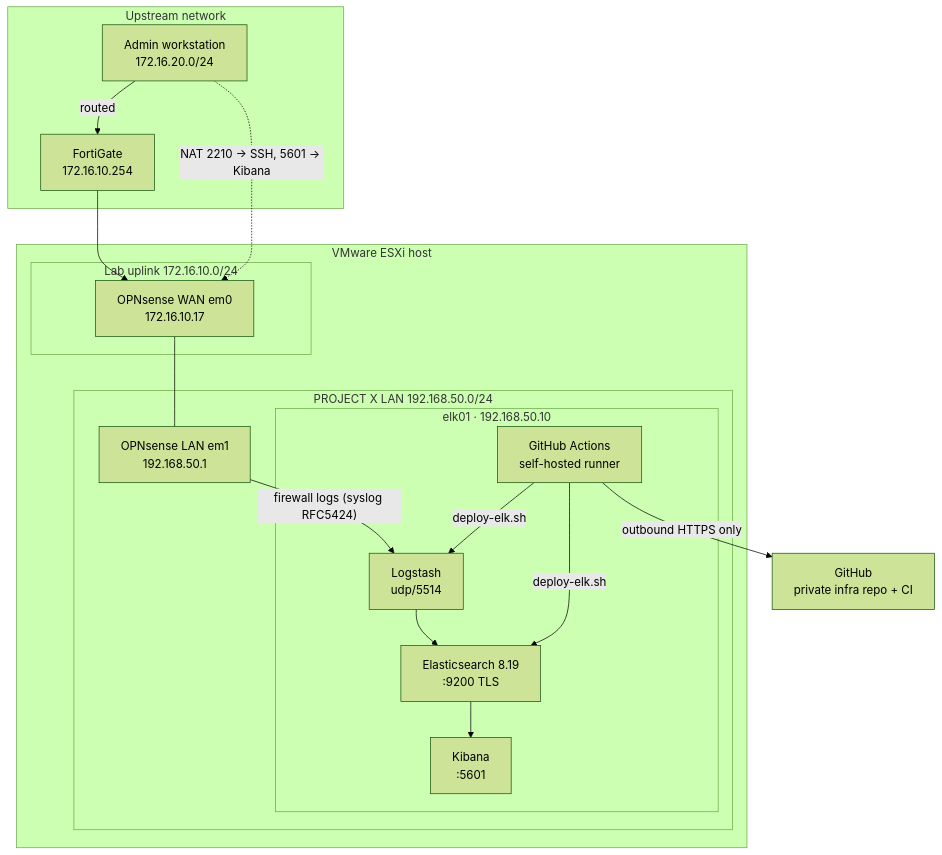
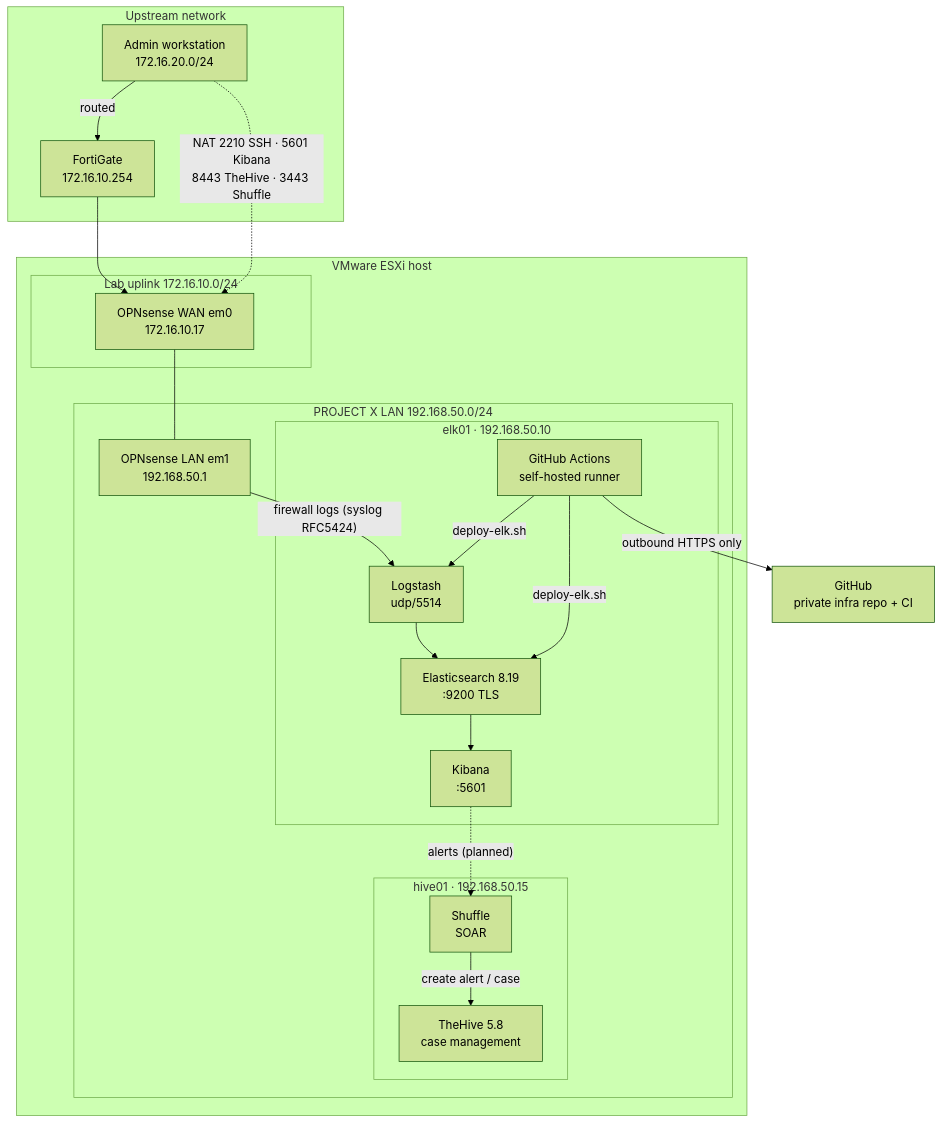
Before and after one commit to PENDUSTAA/ProjectX-NextGen-SOC: the diagram in README.md, drawn with Mermaid (forest theme). The commit also changed other lines of this file and 2 other files, not shown here.

Commit message:
Add hive01 (TheHive 5.8 + Shuffle): build notes, ports, users, design decisions
- hive01/: stacks, ports, memory, license/users, integrations, gotchas
- README: hive01 in architecture diagram, component status, layout, decisions
- opnsense/: port forwards for TheHive (8443) and Shuffle (3443)
- All IPs are placeholders; no secrets

````diff
--- a/README.md
+++ b/README.md
@@ -9,32 +9,38 @@
 ```mermaid
 flowchart TB
     subgraph Upstream["Upstream network"]
         FGT["FortiGate<br/>172.16.10.254"]
         ADMIN["Admin workstation<br/>172.16.20.0/24"]
     end
 
     subgraph ESXi["VMware ESXi host"]
         subgraph Uplink["Lab uplink 172.16.10.0/24"]
             WAN["OPNsense WAN em0<br/>172.16.10.17"]
         end
         subgraph LAN["PROJECT X LAN 192.168.50.0/24"]
             OPNL["OPNsense LAN em1<br/>192.168.50.1"]
             subgraph ELK01["elk01 · 192.168.50.10"]
                 LS["Logstash<br/>udp/5514"]
                 ES["Elasticsearch 8.19<br/>:9200 TLS"]
                 KB["Kibana<br/>:5601"]
                 RUN["GitHub Actions<br/>self-hosted runner"]
             end
+            subgraph HIVE01["hive01 · 192.168.50.15"]
+                TH["TheHive 5.8<br/>case management"]
+                SH["Shuffle<br/>SOAR"]
+            end
         end
     end
 
     GH["GitHub<br/>private infra repo + CI"]
 
     ADMIN -- routed --> FGT --> WAN
     WAN --- OPNL
     OPNL -- "firewall logs (syslog RFC5424)" --> LS --> ES --> KB
-    ADMIN -. "NAT 2210 → SSH, 5601 → Kibana" .-> WAN
+    ADMIN -. "NAT 2210 SSH · 5601 Kibana<br/>8443 TheHive · 3443 Shuffle" .-> WAN
+    KB -. "alerts (planned)" .-> SH
+    SH -- "create alert / case" --> TH
     RUN -- "outbound HTTPS only" --> GH
     RUN -- "deploy-elk.sh" --> LS
     RUN -- "deploy-elk.sh" --> ES
 ```
````
